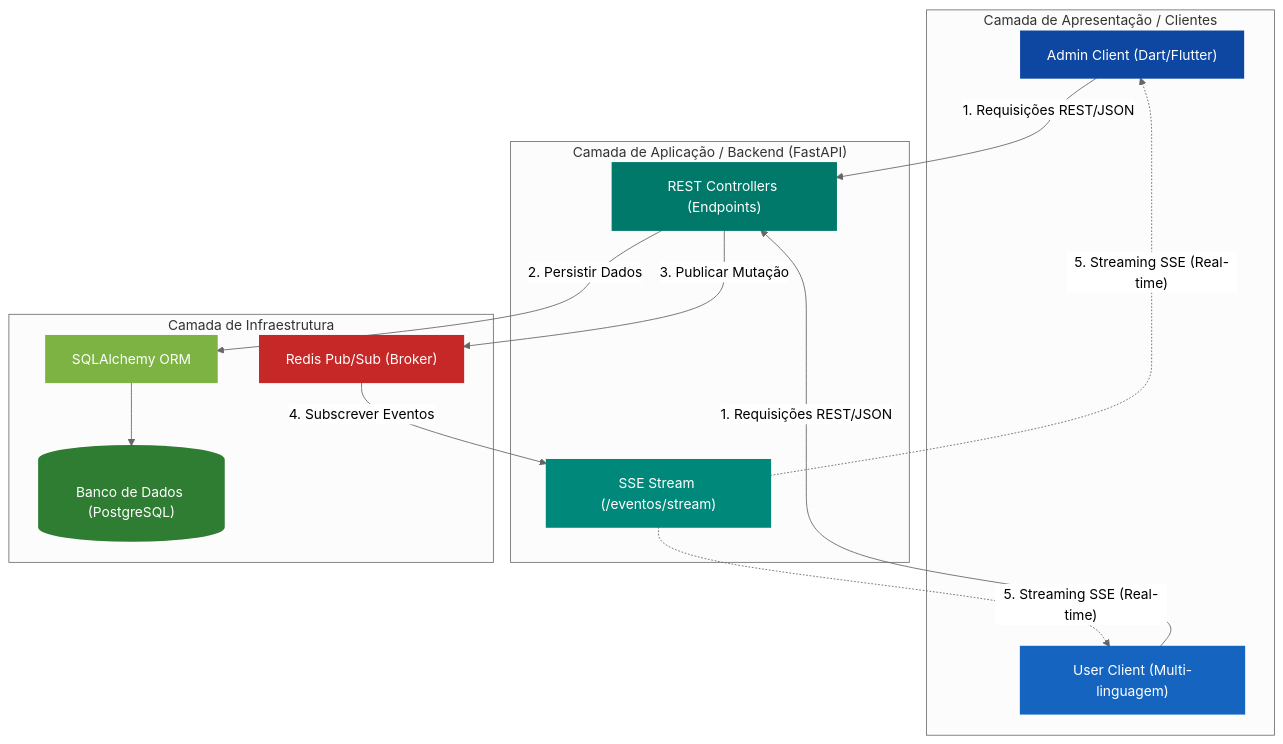
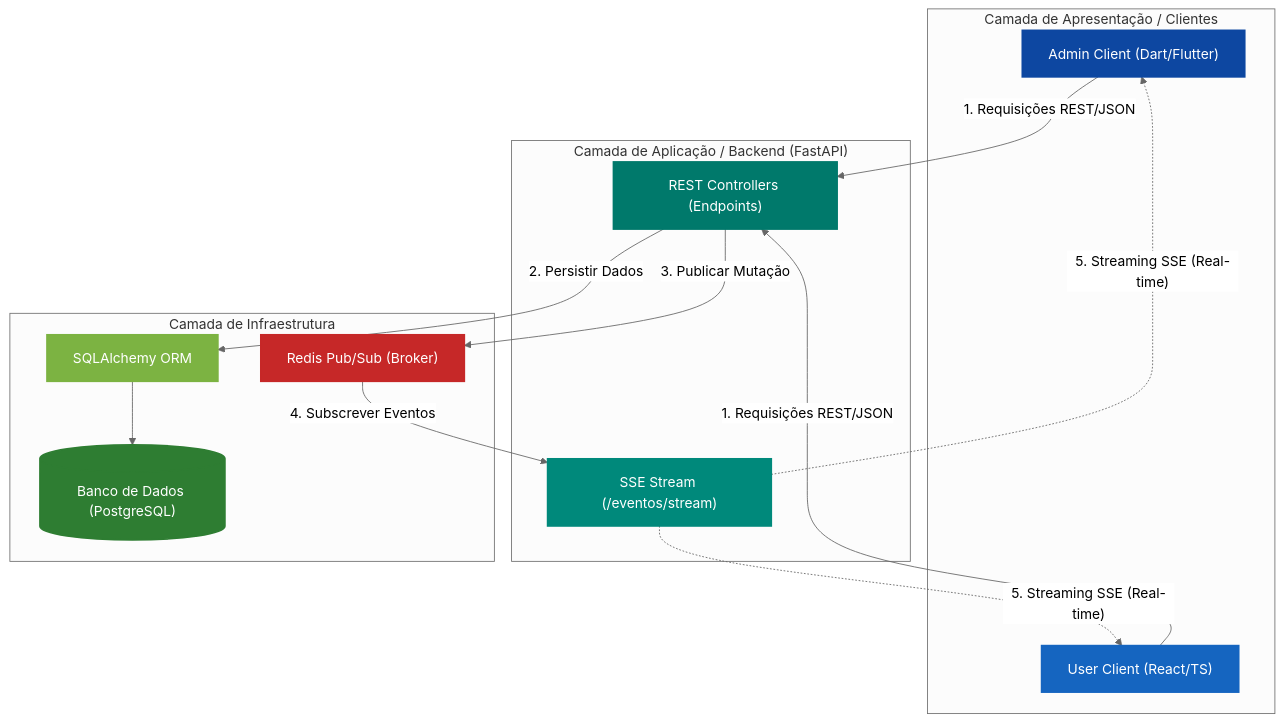
The diagram in RELATORIO_ENTREGA_SD.MD (RewelliOliveira/aircrafts-api), drawn with Mermaid (neutral theme) before and after one commit. The commit also changed other lines of this file, not shown here.

````diff
--- a/RELATORIO_ENTREGA_SD.MD
+++ b/RELATORIO_ENTREGA_SD.MD
@@ -17,42 +26,42 @@
 ```mermaid
 graph TD
     %% Clientes / Frontend
     subgraph Clientes ["Camada de Apresentação / Clientes"]
         A["Admin Client (Dart/Flutter)"]
-        B["User Client (Multi-linguagem)"]
+        B["User Client (React/TS)"]
     end
 
     %% Servidor / Backend
     subgraph Servidor ["Camada de Aplicação / Backend (FastAPI)"]
         C["REST Controllers (Endpoints)"]
         E["SSE Stream (/eventos/stream)"]
     end
 
     %% Persistência & Mensageria / Infraestrutura
     subgraph Infra ["Camada de Infraestrutura"]
         D["SQLAlchemy ORM"]
         F[("Banco de Dados (PostgreSQL)")]
         G["Redis Pub/Sub (Broker)"]
     end
 
     %% Fluxo de Escrita/Leitura REST
     A -->|1. Requisições REST/JSON| C
     B -->|1. Requisições REST/JSON| C
     C -->|2. Persistir Dados| D
     D --> F
 
     %% Fluxo de Eventos em Tempo Real (Pub/Sub e SSE)
     C -->|3. Publicar Mutação| G
     G -->|4. Subscrever Eventos| E
     E -. "5. Streaming SSE (Real-time)" .-> A
     E -. "5. Streaming SSE (Real-time)" .-> B
 
-    %% Estilos e Cores para tornar o diagrama moderno e legível
+    %% Estilos
     style A fill:#0D47A1,stroke:#0D47A1,color:#FFF,stroke-width:2px;
     style B fill:#1565C0,stroke:#1565C0,color:#FFF,stroke-width:2px;
     style C fill:#00796B,stroke:#00796B,color:#FFF,stroke-width:2px;
     style E fill:#00897B,stroke:#00897B,color:#FFF,stroke-width:2px;
     style D fill:#7CB342,stroke:#7CB342,color:#FFF,stroke-width:2px;
     style F fill:#2E7D32,stroke:#2E7D32,color:#FFF,stroke-width:2px;
     style G fill:#C62828,stroke:#C62828,color:#FFF,stroke-width:2px;
 ```
````
